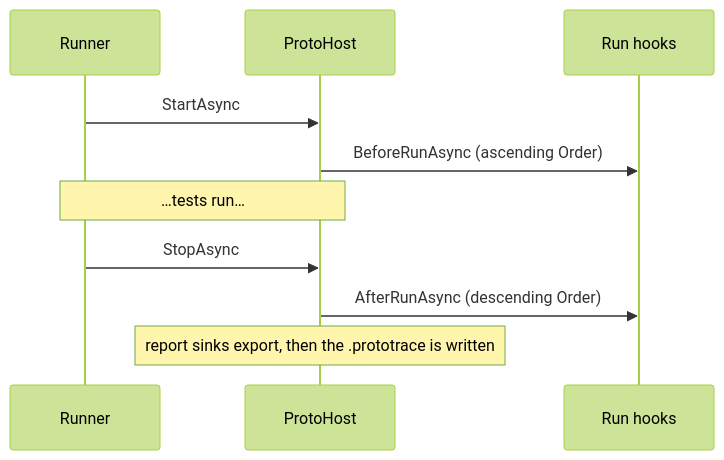
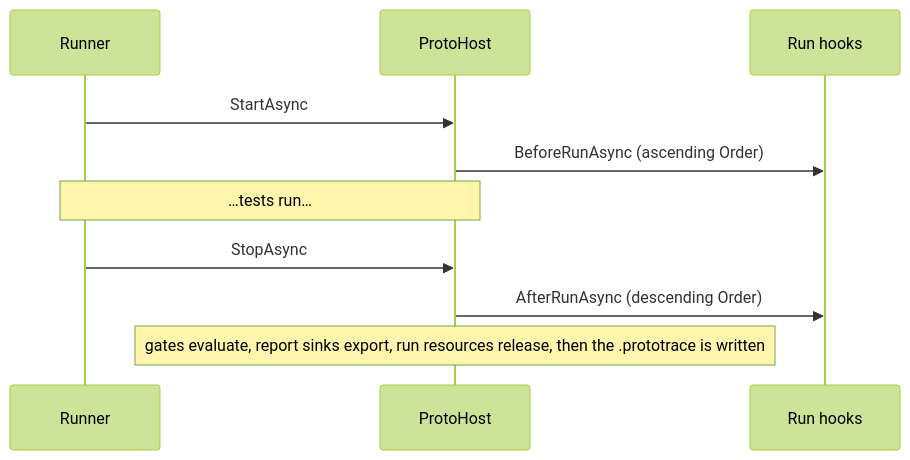
One commit to MSeys/ProtoTest changed the diagram in docs/docs/foundation/lifecycle.md. Above: the diagram before and after it, drawn with Mermaid (forest theme). The commit also changed other lines of this file and 62 other files, not shown here.

````diff
--- a/docs/docs/foundation/lifecycle.md
+++ b/docs/docs/foundation/lifecycle.md
@@ -61,12 +78,12 @@
 ```mermaid
 sequenceDiagram
     participant Runner
     participant Host as ProtoHost
     participant RunHooks as Run hooks
     Runner->>Host: StartAsync
     Host->>RunHooks: BeforeRunAsync (ascending Order)
     Note over Runner,Host: …tests run…
     Runner->>Host: StopAsync
     Host->>RunHooks: AfterRunAsync (descending Order)
-    Note over Host: report sinks export, then the .prototrace is written
+    Note over Host: gates evaluate, report sinks export, run resources release, then the .prototrace is written
 ```
````
